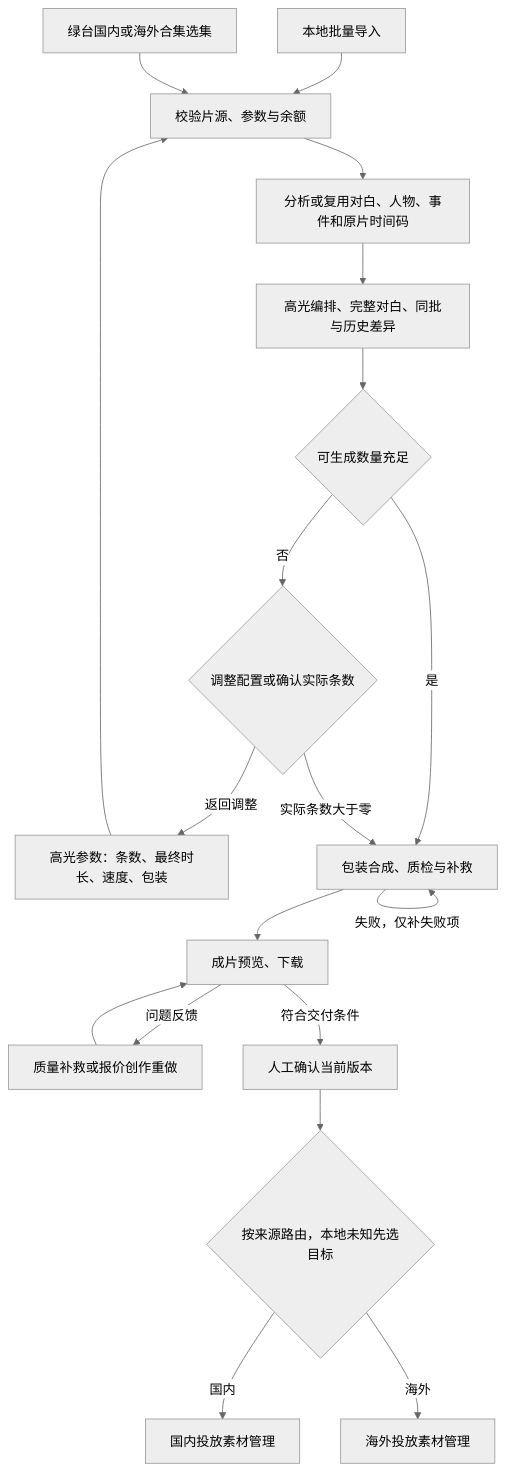
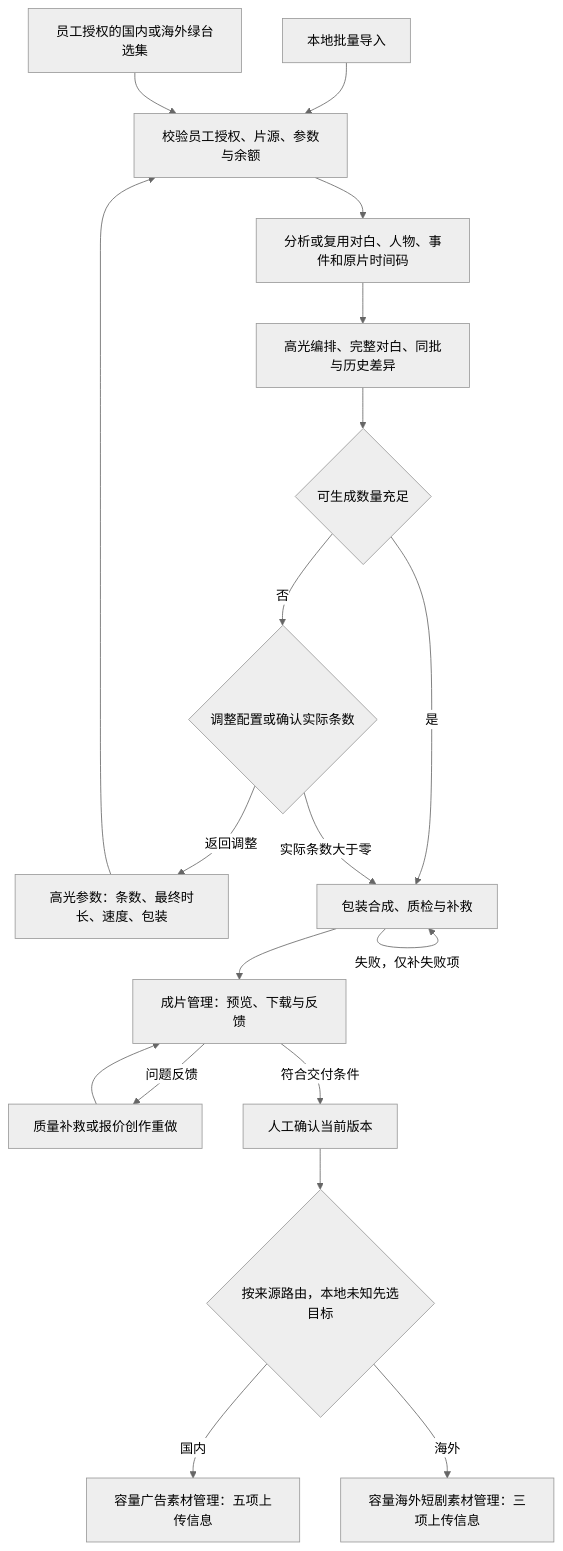
One commit to hongjuan303/html-prototypes changed the diagram in ai-smart-mixed-cut-v7/assets/highlight-workflow-v7.mmd. Above: the diagram before and after it, drawn with Mermaid (neutral theme). The commit also changed 39 other files, not shown here.

```diff
--- a/ai-smart-mixed-cut-v7/assets/highlight-workflow-v7.mmd
+++ b/ai-smart-mixed-cut-v7/assets/highlight-workflow-v7.mmd
@@ -1,19 +1,19 @@
 flowchart TD
  localFiles["本地批量导入"] --> validateSource
- greenCollection["绿台国内或海外合集选集"] --> validateSource
+ greenCollection["员工授权的国内或海外绿台选集"] --> validateSource
  configure["高光参数：条数、最终时长、速度、包装"] --> validateSource
- validateSource["校验片源、参数与余额"] --> analyzeStory["分析或复用对白、人物、事件和原片时间码"]
+ validateSource["校验员工授权、片源、参数与余额"] --> analyzeStory["分析或复用对白、人物、事件和原片时间码"]
  analyzeStory --> planHighlights["高光编排、完整对白、同批与历史差异"]
  planHighlights --> enoughContent{"可生成数量充足"}
  enoughContent -->|是| renderVideo["包装合成、质检与补救"]
  enoughContent -->|否| capacityChoice{"调整配置或确认实际条数"}
  capacityChoice -->|返回调整| configure
  capacityChoice -->|实际条数大于零| renderVideo
- renderVideo --> previewVideo["成片预览、下载"]
+ renderVideo --> previewVideo["成片管理：预览、下载与反馈"]
  renderVideo -->|失败，仅补失败项| renderVideo
  previewVideo -->|问题反馈| reworkVideo["质量补救或报价创作重做"]
  reworkVideo --> previewVideo
  previewVideo -->|符合交付条件| confirmVideo["人工确认当前版本"]
  confirmVideo --> chooseTarget{"按来源路由，本地未知先选目标"}
- chooseTarget -->|国内| domesticMaterials["国内投放素材管理"]
- chooseTarget -->|海外| overseasMaterials["海外投放素材管理"]
+ chooseTarget -->|国内| domesticMaterials["容量广告素材管理：五项上传信息"]
+ chooseTarget -->|海外| overseasMaterials["容量海外短剧素材管理：三项上传信息"]
```
